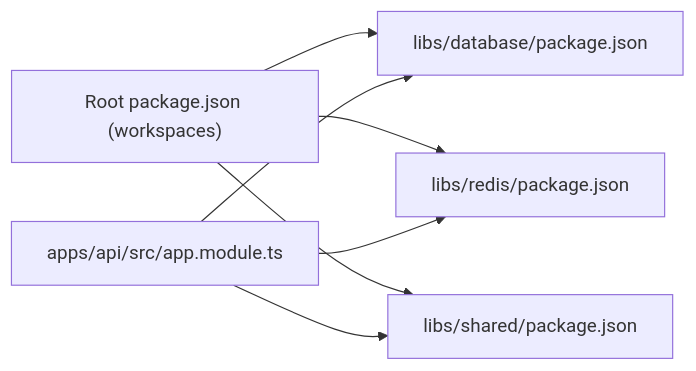
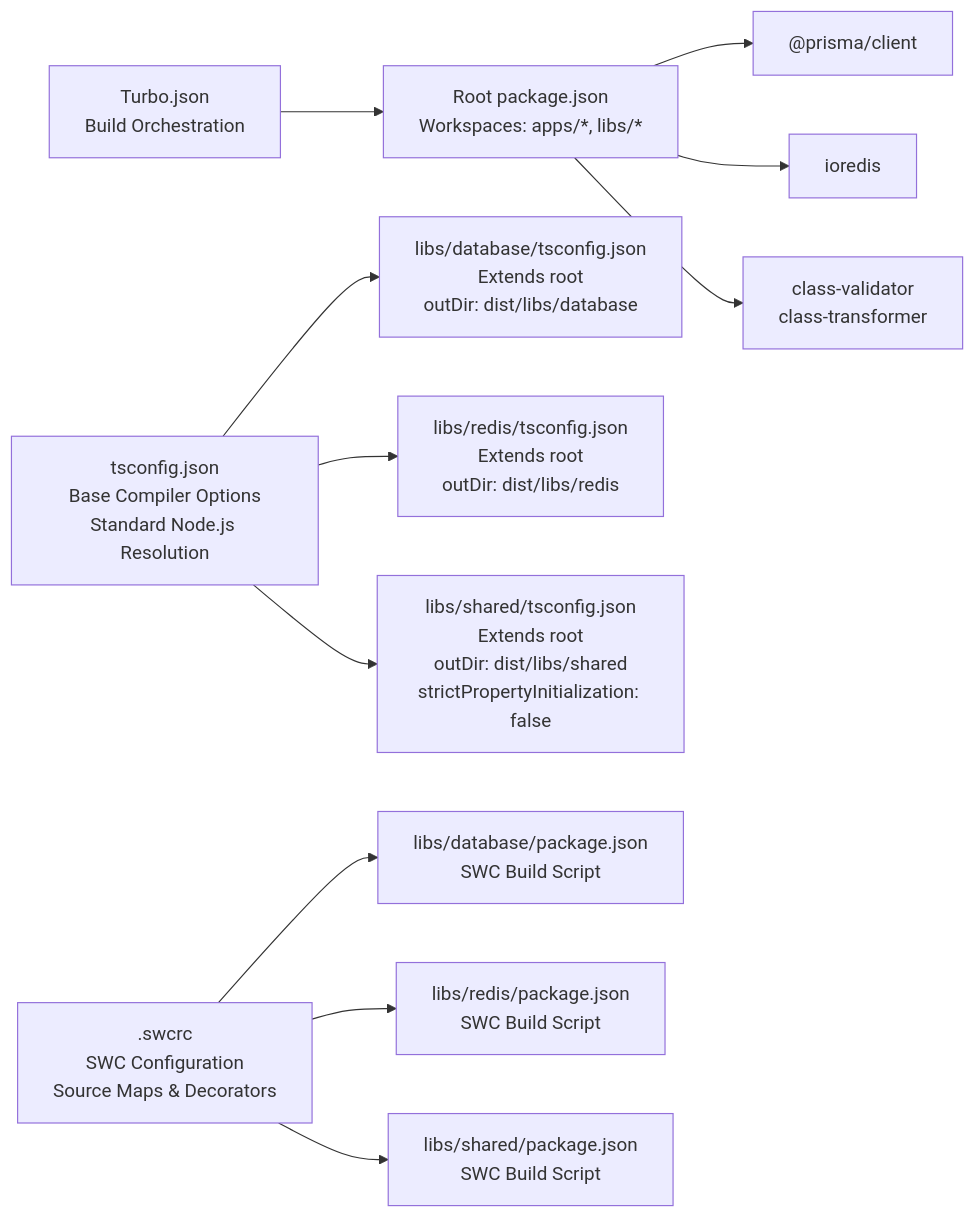
The third of 3 diagrams in .qoder/repowiki/en/content/Shared Libraries/Shared Libraries.md (Avi-Bendetsky/Quiz-to-build), drawn with Mermaid before and after one commit. The commit also changed other lines of this file and 41 other files, not shown here.

````diff
--- a/.qoder/repowiki/en/content/Shared Libraries/Shared Libraries.md
+++ b/.qoder/repowiki/en/content/Shared Libraries/Shared Libraries.md
@@ -318,14 +353,26 @@
 ```mermaid
 graph LR
-ROOT["Root package.json (workspaces)"]
-DB_PKG["libs/database/package.json"]
-RDX_PKG["libs/redis/package.json"]
-SH_PKG["libs/shared/package.json"]
-APP_MOD["apps/api/src/app.module.ts"]
-ROOT --> DB_PKG
-ROOT --> RDX_PKG
-ROOT --> SH_PKG
-APP_MOD --> DB_PKG
-APP_MOD --> RDX_PKG
-APP_MOD --> SH_PKG
+ROOT["Root package.json<br/>Workspaces: apps/*, libs/*"]
+TURBO["Turbo.json<br/>Build Orchestration"]
+ROOT_TS["tsconfig.json<br/>Base Compiler Options<br/>Standard Node.js Resolution"]
+SWCRC[".swcrc<br/>SWC Configuration<br/>Source Maps & Decorators"]
+DB_DEPS["@prisma/client"]
+RDX_DEPS["ioredis"]
+SH_DEPS["class-validator<br/>class-transformer"]
+DB_TS["libs/database/tsconfig.json<br/>Extends root<br/>outDir: dist/libs/database"]
+RDX_TS["libs/redis/tsconfig.json<br/>Extends root<br/>outDir: dist/libs/redis"]
+SH_TS["libs/shared/tsconfig.json<br/>Extends root<br/>outDir: dist/libs/shared<br/>strictPropertyInitialization: false"]
+DB_PKG["libs/database/package.json<br/>SWC Build Script"]
+RDX_PKG["libs/redis/package.json<br/>SWC Build Script"]
+SH_PKG["libs/shared/package.json<br/>SWC Build Script"]
+ROOT --> DB_DEPS
+ROOT --> RDX_DEPS
+ROOT --> SH_DEPS
+TURBO --> ROOT
+ROOT_TS --> DB_TS
+ROOT_TS --> RDX_TS
+ROOT_TS --> SH_TS
+SWCRC --> DB_PKG
+SWCRC --> RDX_PKG
+SWCRC --> SH_PKG
 ```
````
